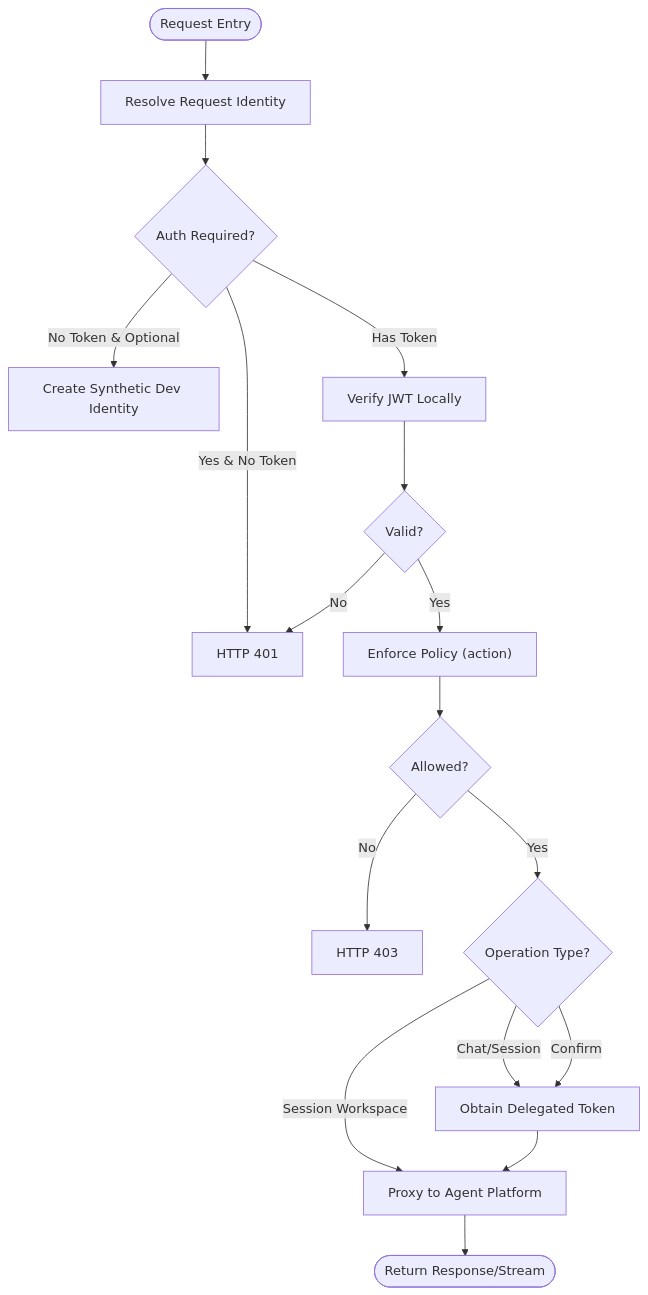
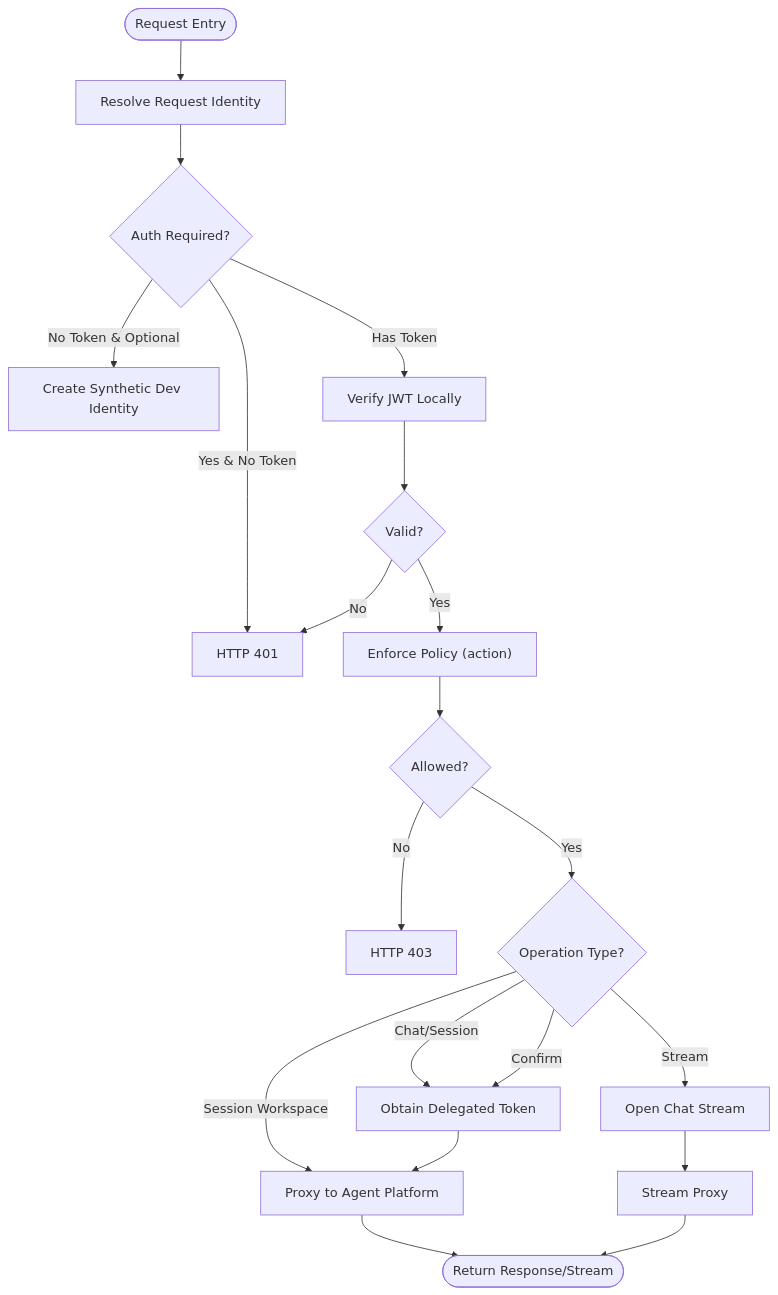
One commit to metasync/luban-aiops changed diagram 13 of 19 in .qoder/repowiki/en/content/Architecture Documentation/Platform Gateway Service.md. Above: the diagram before and after it, drawn with Mermaid. The commit also changed other lines of this file and 4 other files, not shown here.

````diff
--- a/.qoder/repowiki/en/content/Architecture Documentation/Platform Gateway Service.md
+++ b/.qoder/repowiki/en/content/Architecture Documentation/Platform Gateway Service.md
@@ -757,19 +810,22 @@
 ```mermaid
 flowchart TD
 Start(["Request Entry"]) --> ResolveId["Resolve Request Identity"]
 ResolveId --> AuthCheck{"Auth Required?"}
 AuthCheck --> |Yes & No Token| Deny401["HTTP 401"]
 AuthCheck --> |No Token & Optional| Synthetic["Create Synthetic Dev Identity"]
 AuthCheck --> |Has Token| Verify["Verify JWT Locally"]
 Verify --> Valid{"Valid?"}
 Valid --> |No| Deny401
 Valid --> |Yes| PolicyEnf["Enforce Policy (action)"]
 PolicyEnf --> Allowed{"Allowed?"}
 Allowed --> |No| Deny403["HTTP 403"]
 Allowed --> |Yes| CheckType{"Operation Type?"}
 CheckType --> |Chat/Session| Delegate["Obtain Delegated Token"]
 CheckType --> |Confirm| Delegate
 CheckType --> |Session Workspace| Proxy["Proxy to Agent Platform"]
+CheckType --> |Stream| OpenStream["Open Chat Stream"]
 Delegate --> Proxy
+OpenStream --> StreamProxy["Stream Proxy"]
 Proxy --> Return(["Return Response/Stream"])
+StreamProxy --> Return
 ```
````
